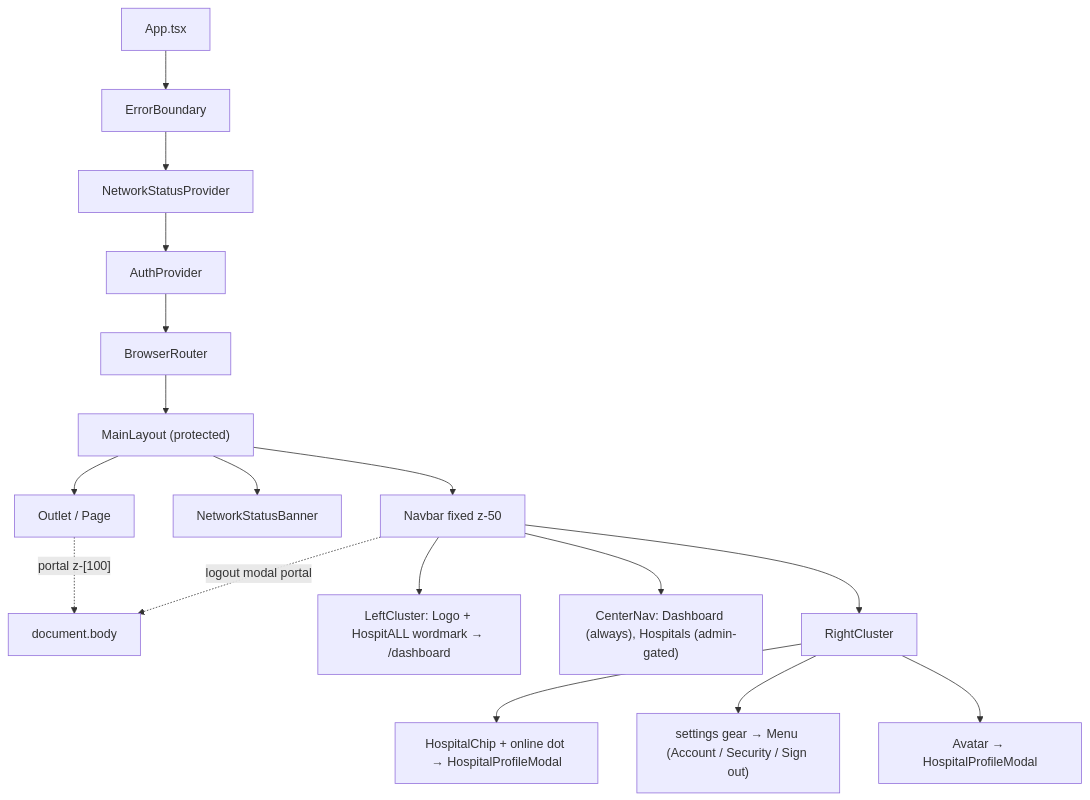
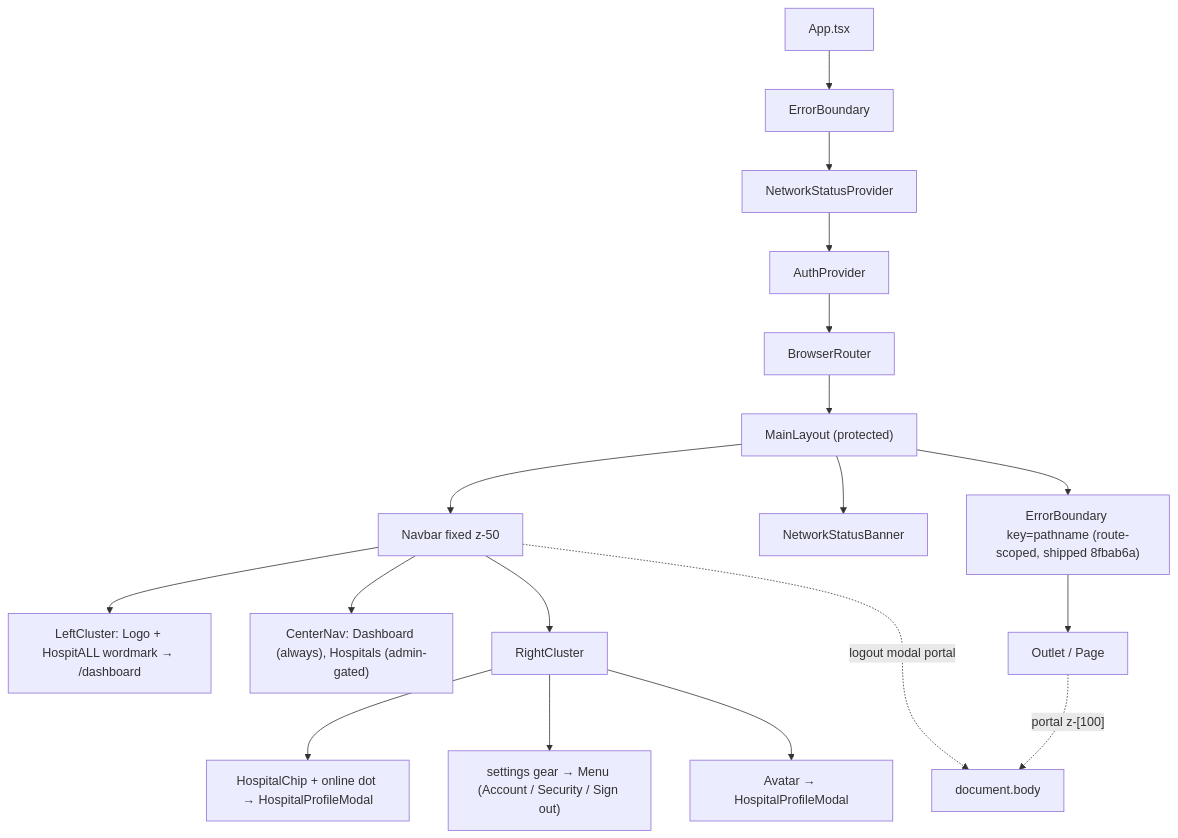
Diagram 15 of 30 in docs/audit/03-architecture-diagrams.md (urvagandhi/Hospital-Management), drawn with Mermaid before and after one commit. The commit also changed other lines of this file and 17 other files, not shown here.

````diff
--- a/docs/audit/03-architecture-diagrams.md
+++ b/docs/audit/03-architecture-diagrams.md
@@ -568,20 +568,21 @@
 ```mermaid
 flowchart TB
   Body["document.body"]
   App["App.tsx"] --> EB["ErrorBoundary"]
   EB --> NS["NetworkStatusProvider"]
   NS --> Auth["AuthProvider"]
   Auth --> Router["BrowserRouter"]
   Router --> ML["MainLayout (protected)"]
   ML --> NB["Navbar fixed z-50"]
   NB --> LC["LeftCluster: Logo + HospitALL wordmark → /dashboard"]
   NB --> CN["CenterNav: Dashboard (always), Hospitals (admin-gated)"]
   NB --> RC["RightCluster"]
   RC --> Chip["HospitalChip + online dot → HospitalProfileModal"]
   RC --> Gear["settings gear → Menu (Account / Security / Sign out)"]
   RC --> Av["Avatar → HospitalProfileModal"]
   ML --> NSB["NetworkStatusBanner"]
-  ML --> Main["Outlet / Page"]
+  ML --> InnerEB["ErrorBoundary key=pathname (route-scoped, shipped 8fbab6a)"]
+  InnerEB --> Main["Outlet / Page"]
   Main -.portal z-[100].-> Body
   NB -.logout modal portal.-> Body
 ```
````
